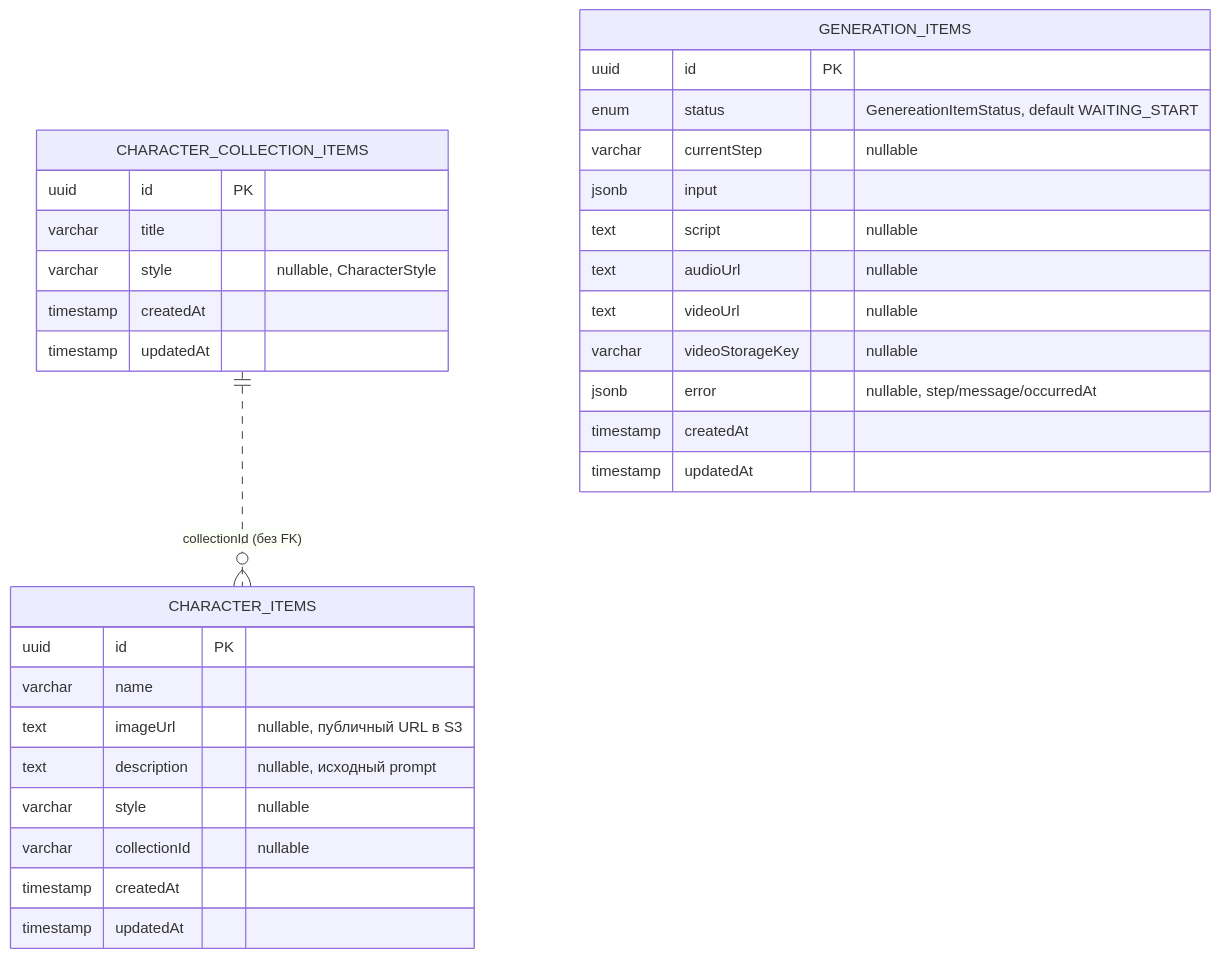
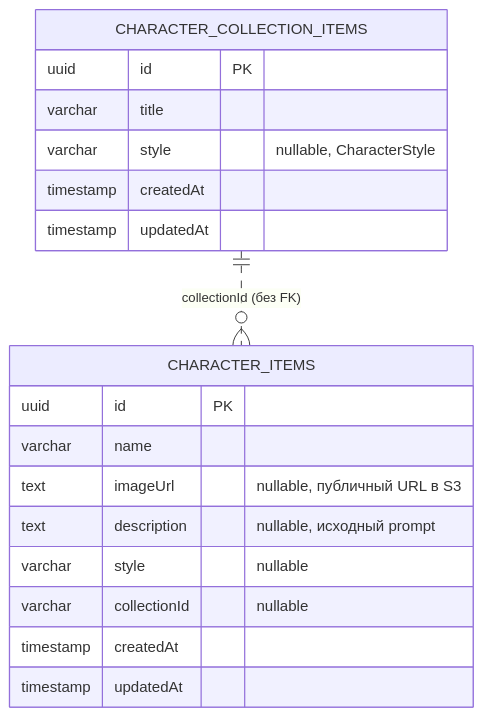
One commit to ngg-dev/video-app-backend changed the diagram in docs/data-model.md. Above: the diagram before and after it, drawn with Mermaid. The commit also changed other lines of this file and 54 other files, not shown here.

Commit message:
refactor: разбить media и character-gallery на сервисы, убрать generation-item

````diff
--- a/docs/data-model.md
+++ b/docs/data-model.md
@@ -6,37 +6,23 @@
 ```mermaid
 erDiagram
     CHARACTER_COLLECTION_ITEMS ||..o{ CHARACTER_ITEMS : "collectionId (без FK)"
 
     CHARACTER_COLLECTION_ITEMS {
         uuid id PK
         varchar title
         varchar style "nullable, CharacterStyle"
         timestamp createdAt
         timestamp updatedAt
     }
 
     CHARACTER_ITEMS {
         uuid id PK
         varchar name
         text imageUrl "nullable, публичный URL в S3"
         text description "nullable, исходный prompt"
         varchar style "nullable"
         varchar collectionId "nullable"
         timestamp createdAt
         timestamp updatedAt
     }
-
-    GENERATION_ITEMS {
-        uuid id PK
-        enum status "GenereationItemStatus, default WAITING_START"
-        varchar currentStep "nullable"
-        jsonb input
-        text script "nullable"
-        text audioUrl "nullable"
-        text videoUrl "nullable"
-        varchar videoStorageKey "nullable"
-        jsonb error "nullable, step/message/occurredAt"
-        timestamp createdAt
-        timestamp updatedAt
-    }
 ```
````
